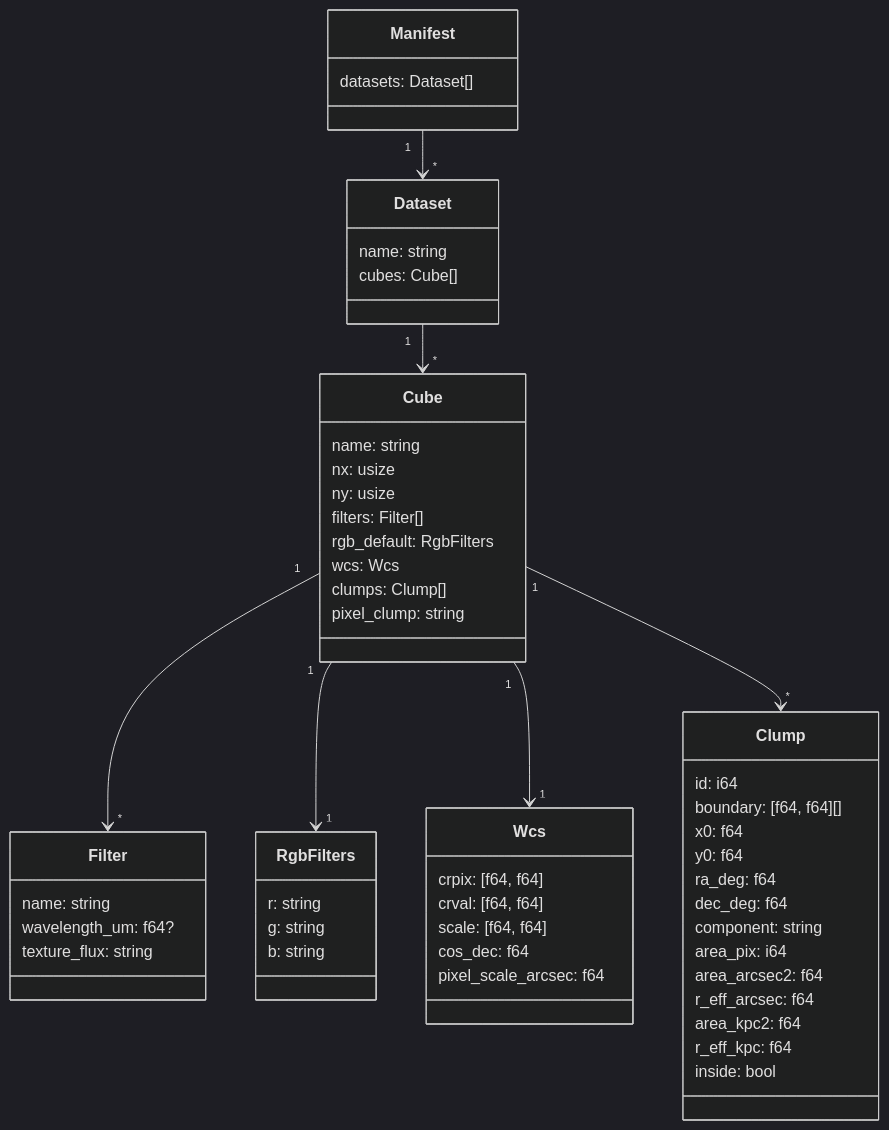
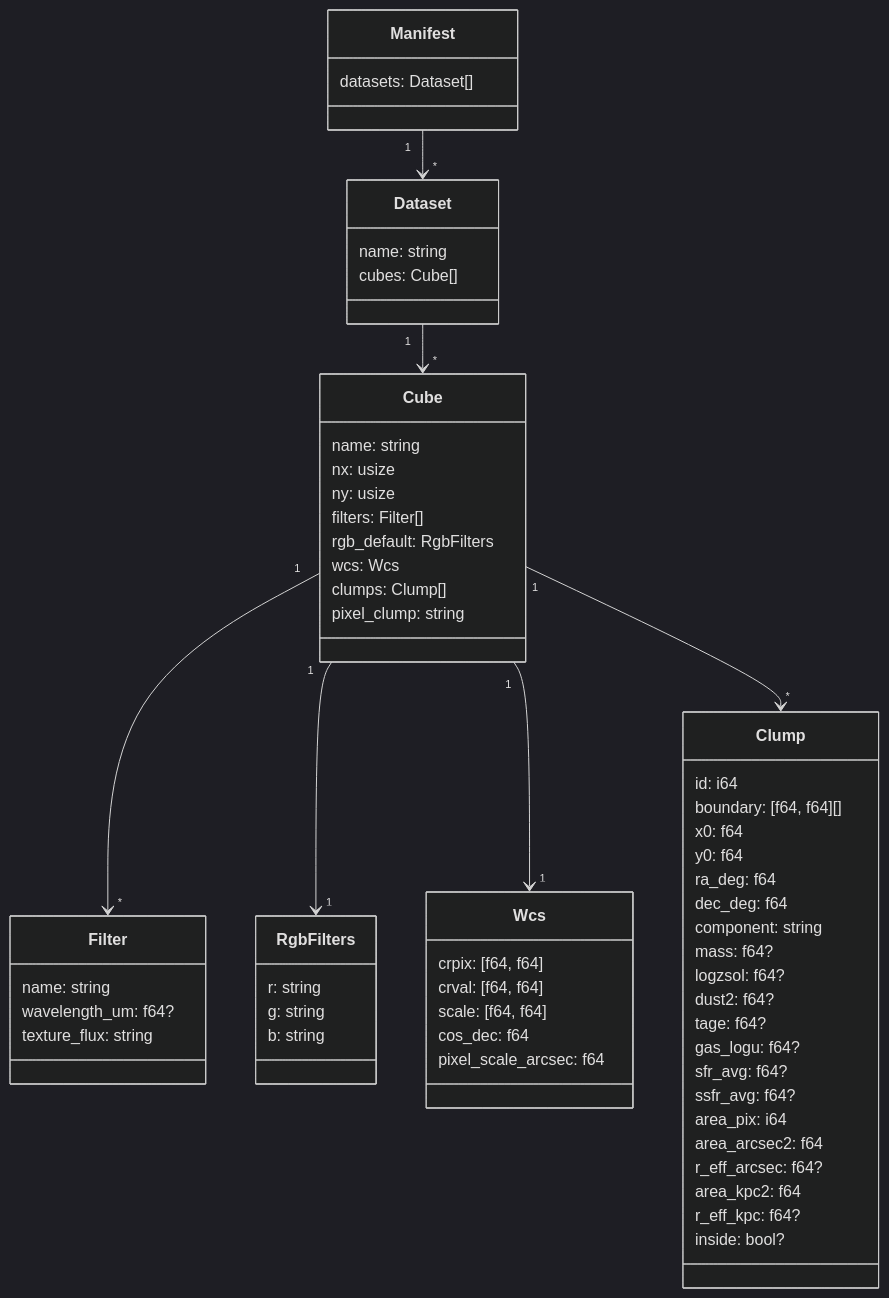
One commit to Edigueh/jellyscope-rs changed the first of 2 diagrams in docs/05-data-model.md. Above: the diagram before and after it, drawn with Mermaid (dark theme). The commit also changed other lines of this file and 18 other files, not shown here.

````diff
--- a/docs/05-data-model.md
+++ b/docs/05-data-model.md
@@ -7,58 +7,65 @@
 ```mermaid
 classDiagram
     class Manifest {
         datasets: Dataset[]
     }
     class Dataset {
         name: string
         cubes: Cube[]
     }
     class Cube {
         name: string
         nx: usize
         ny: usize
         filters: Filter[]
         rgb_default: RgbFilters
         wcs: Wcs
         clumps: Clump[]
         pixel_clump: string
     }
     class Filter {
         name: string
         wavelength_um: f64?
         texture_flux: string
     }
     class RgbFilters {
         r: string
         g: string
         b: string
     }
     class Wcs {
         crpix: [f64, f64]
         crval: [f64, f64]
         scale: [f64, f64]
         cos_dec: f64
         pixel_scale_arcsec: f64
     }
     class Clump {
         id: i64
         boundary: [f64, f64][]
         x0: f64
         y0: f64
         ra_deg: f64
         dec_deg: f64
         component: string
+        mass: f64?
+        logzsol: f64?
+        dust2: f64?
+        tage: f64?
+        gas_logu: f64?
+        sfr_avg: f64?
+        ssfr_avg: f64?
         area_pix: i64
         area_arcsec2: f64
-        r_eff_arcsec: f64
+        r_eff_arcsec: f64?
         area_kpc2: f64
-        r_eff_kpc: f64
-        inside: bool
+        r_eff_kpc: f64?
+        inside: bool?
     }
     Manifest "1" --> "*" Dataset
     Dataset "1" --> "*" Cube
     Cube "1" --> "*" Filter
     Cube "1" --> "1" RgbFilters
     Cube "1" --> "1" Wcs
     Cube "1" --> "*" Clump
 ```
````
